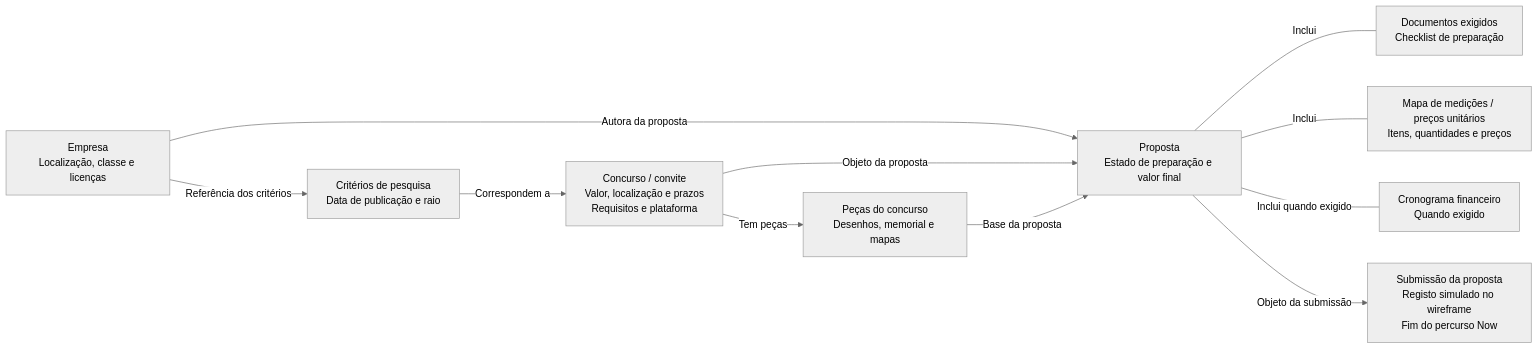
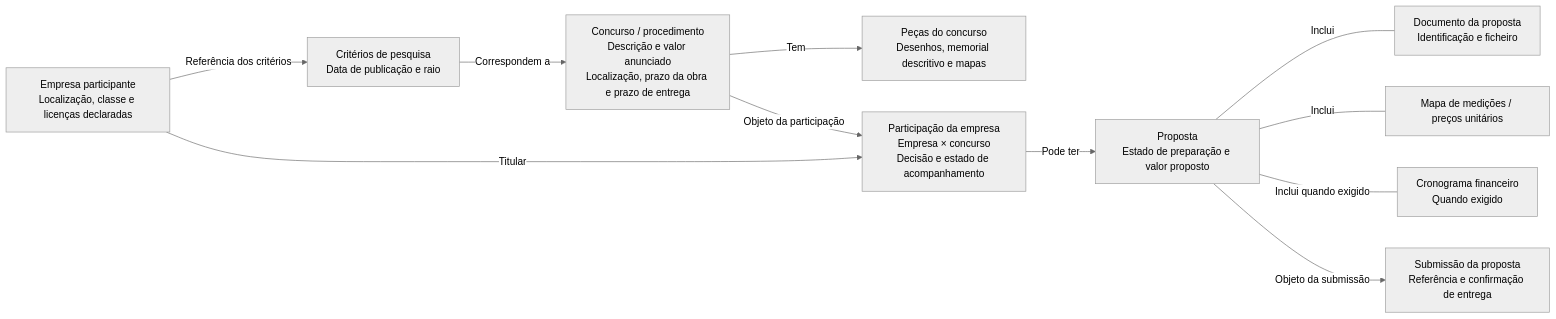
One commit to prumod/cairn-web changed the fifth of 5 diagrams in context/now/diagrams.md. Above: the diagram before and after it, drawn with Mermaid (neutral theme). The commit also changed other lines of this file and 8 other files, not shown here.

````diff
--- a/context/now/diagrams.md
+++ b/context/now/diagrams.md
@@ -189,24 +192,24 @@
 ```mermaid
 flowchart LR
-
-    EMPRESA["Empresa<br/>Localização, classe e licenças"]
+    EMPRESA["Empresa participante<br/>Localização, classe e licenças declaradas"]
     PESQUISA["Critérios de pesquisa<br/>Data de publicação e raio"]
-    CONCURSO["Concurso / convite<br/>Valor, localização e prazos<br/>Requisitos e plataforma"]
-    PECAS["Peças do concurso<br/>Desenhos, memorial e mapas"]
-    PROPOSTA["Proposta<br/>Estado de preparação e valor final"]
-    DOCUMENTOS["Documentos exigidos<br/>Checklist de preparação"]
-    PRECOS["Mapa de medições / preços unitários<br/>Itens, quantidades e preços"]
+    CONCURSO["Concurso / procedimento<br/>Descrição e valor anunciado<br/>Localização, prazo da obra e prazo de entrega"]
+    PECAS["Peças do concurso<br/>Desenhos, memorial descritivo e mapas"]
+    PARTICIPACAO["Participação da empresa<br/>Empresa × concurso<br/>Decisão e estado de acompanhamento"]
+    PROPOSTA["Proposta<br/>Estado de preparação e valor proposto"]
+    DOCUMENTO["Documento da proposta<br/>Identificação e ficheiro"]
+    MAPA["Mapa de medições / preços unitários"]
     FINANCEIRO["Cronograma financeiro<br/>Quando exigido"]
-    SUBMISSAO["Submissão da proposta<br/>Registo simulado no wireframe<br/>Fim do percurso Now"]
+    SUBMISSAO["Submissão da proposta<br/>Referência e confirmação de entrega"]
 
     EMPRESA -->|"Referência dos critérios"| PESQUISA
     PESQUISA -->|"Correspondem a"| CONCURSO
-    EMPRESA -->|"Autora da proposta"| PROPOSTA
-    CONCURSO -->|"Objeto da proposta"| PROPOSTA
-    CONCURSO -->|"Tem peças"| PECAS
-    PECAS -->|"Base da proposta"| PROPOSTA
-    PROPOSTA ---|"Inclui"| DOCUMENTOS
-    PROPOSTA ---|"Inclui"| PRECOS
+    CONCURSO -->|"Tem"| PECAS
+    EMPRESA -->|"Titular"| PARTICIPACAO
+    CONCURSO -->|"Objeto da participação"| PARTICIPACAO
+    PARTICIPACAO -->|"Pode ter"| PROPOSTA
+    PROPOSTA ---|"Inclui"| DOCUMENTO
+    PROPOSTA ---|"Inclui"| MAPA
     PROPOSTA ---|"Inclui quando exigido"| FINANCEIRO
     PROPOSTA -->|"Objeto da submissão"| SUBMISSAO
 ```
````
